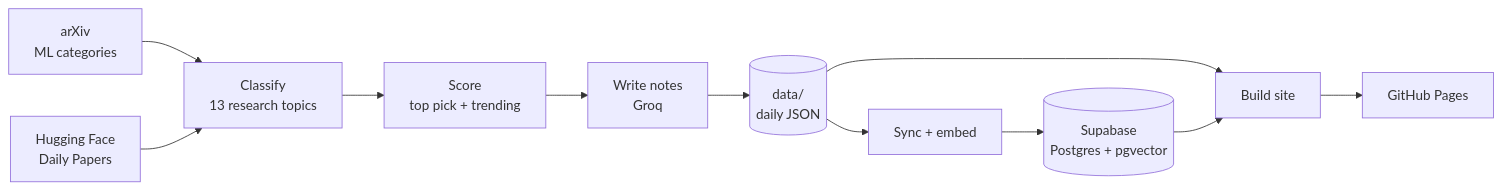
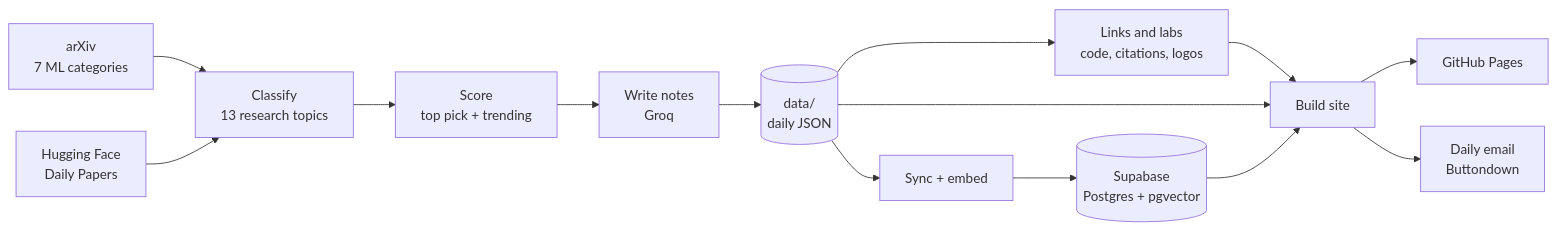
Before and after one commit to Omen-bit/ai-paper-daily: the diagram in README.md, drawn with Mermaid. The commit also changed other lines of this file and 8 other files, not shown here.

````diff
--- a/README.md
+++ b/README.md
@@ -103,13 +108,16 @@
 ```mermaid
 flowchart LR
-    A["arXiv<br/>ML categories"] --> C["Classify<br/>13 research topics"]
+    A["arXiv<br/>7 ML categories"] --> C["Classify<br/>13 research topics"]
     B["Hugging Face<br/>Daily Papers"] --> C
     C --> D["Score<br/>top pick + trending"]
     D --> E["Write notes<br/>Groq"]
     E --> F[("data/<br/>daily JSON")]
+    F --> L["Links and labs<br/>code, citations, logos"]
     F --> G["Sync + embed"]
     G --> H[("Supabase<br/>Postgres + pgvector")]
-    F --> J["Build site"]
+    L --> J["Build site"]
+    F --> J
     H --> J
     J --> K["GitHub Pages"]
+    J --> M["Daily email<br/>Buttondown"]
 ```
````
